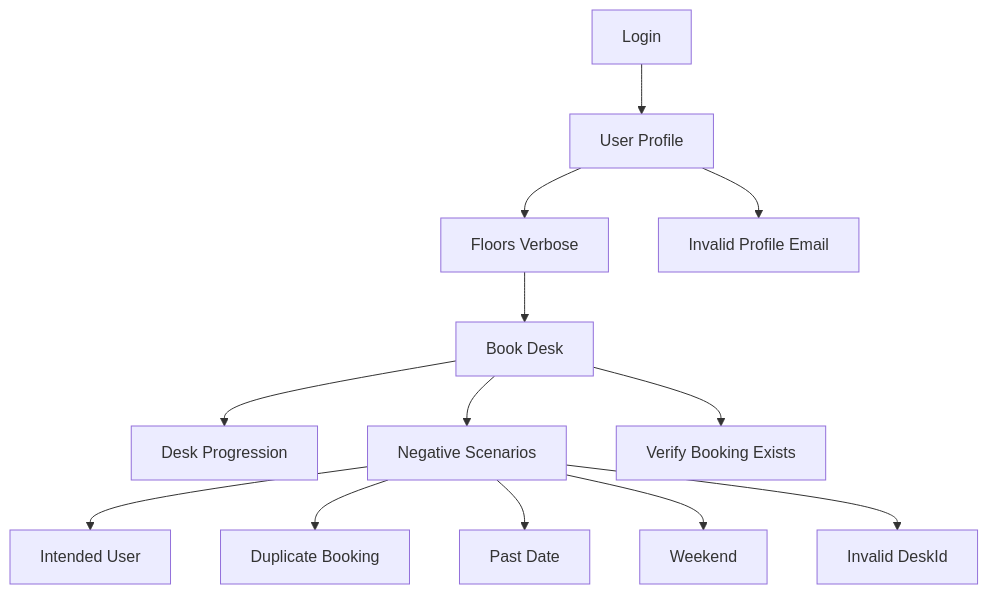
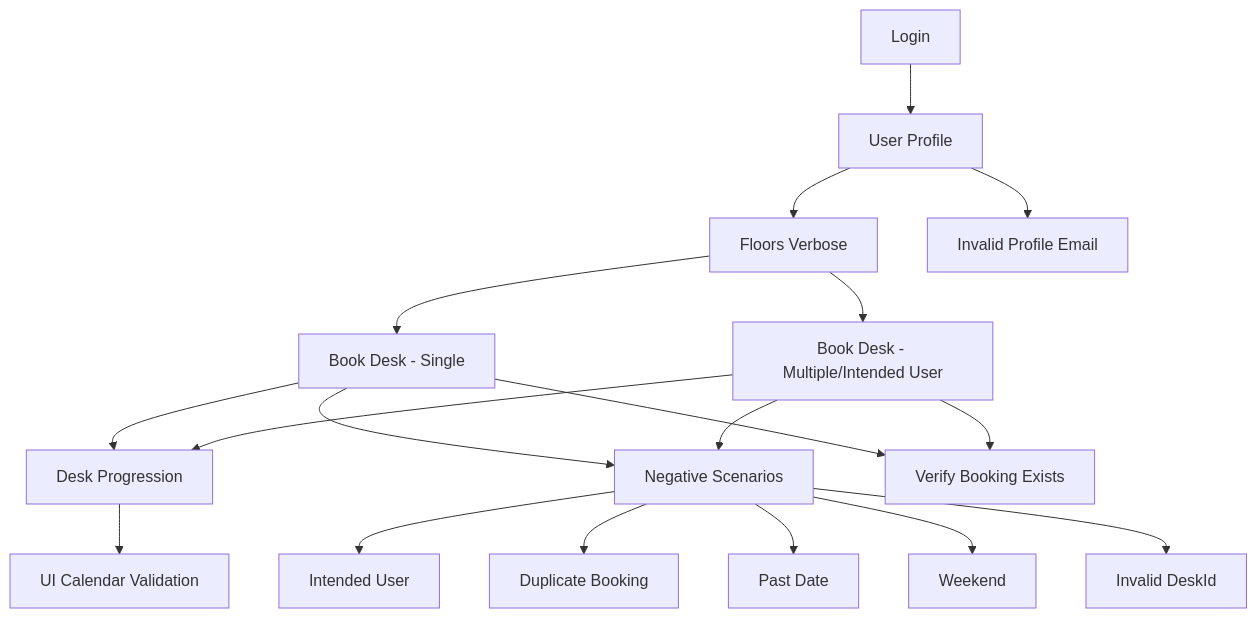
One commit to unsouled42/myreport changed the second of 2 diagrams in api_testing.md. Above: the diagram before and after it, drawn with Mermaid. The commit also changed other lines of this file, not shown here.

````diff
--- a/api_testing.md
+++ b/api_testing.md
@@ -341,15 +415,20 @@
 ```mermaid
 graph TD
     A[Login] --> B[User Profile]
     B --> C[Floors Verbose]
-    C --> D[Book Desk]
+    C --> D[Book Desk - Single]
+    C --> D1[Book Desk - Multiple/Intended User]
     D --> E[Desk Progression]
-    D --> F[Negative Scenarios]
-    F --> F1[Intended User]
-    F --> F2[Duplicate Booking]
-    F --> F3[Past Date]
-    F --> F4[Weekend]
-    F --> F5[Invalid DeskId]
-    B --> G[Invalid Profile Email]
-    D --> H[Verify Booking Exists]
+    D1 --> E
+    E --> F[UI Calendar Validation]
+    D --> G[Negative Scenarios]
+    D1 --> G
+    G --> G1[Intended User]
+    G --> G2[Duplicate Booking]
+    G --> G3[Past Date]
+    G --> G4[Weekend]
+    G --> G5[Invalid DeskId]
+    B --> H[Invalid Profile Email]
+    D --> I[Verify Booking Exists]
+    D1 --> I
 ```
````
